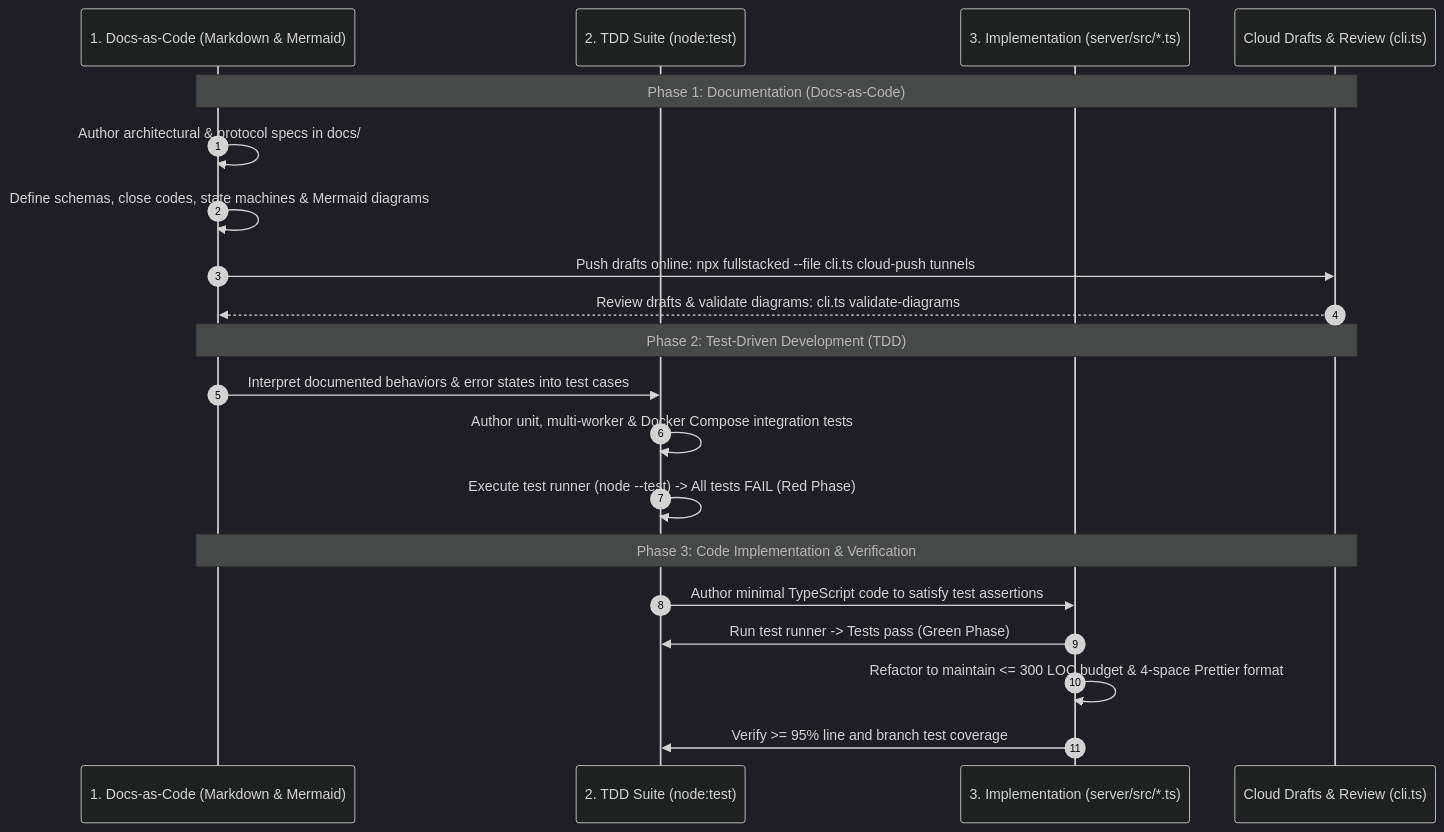
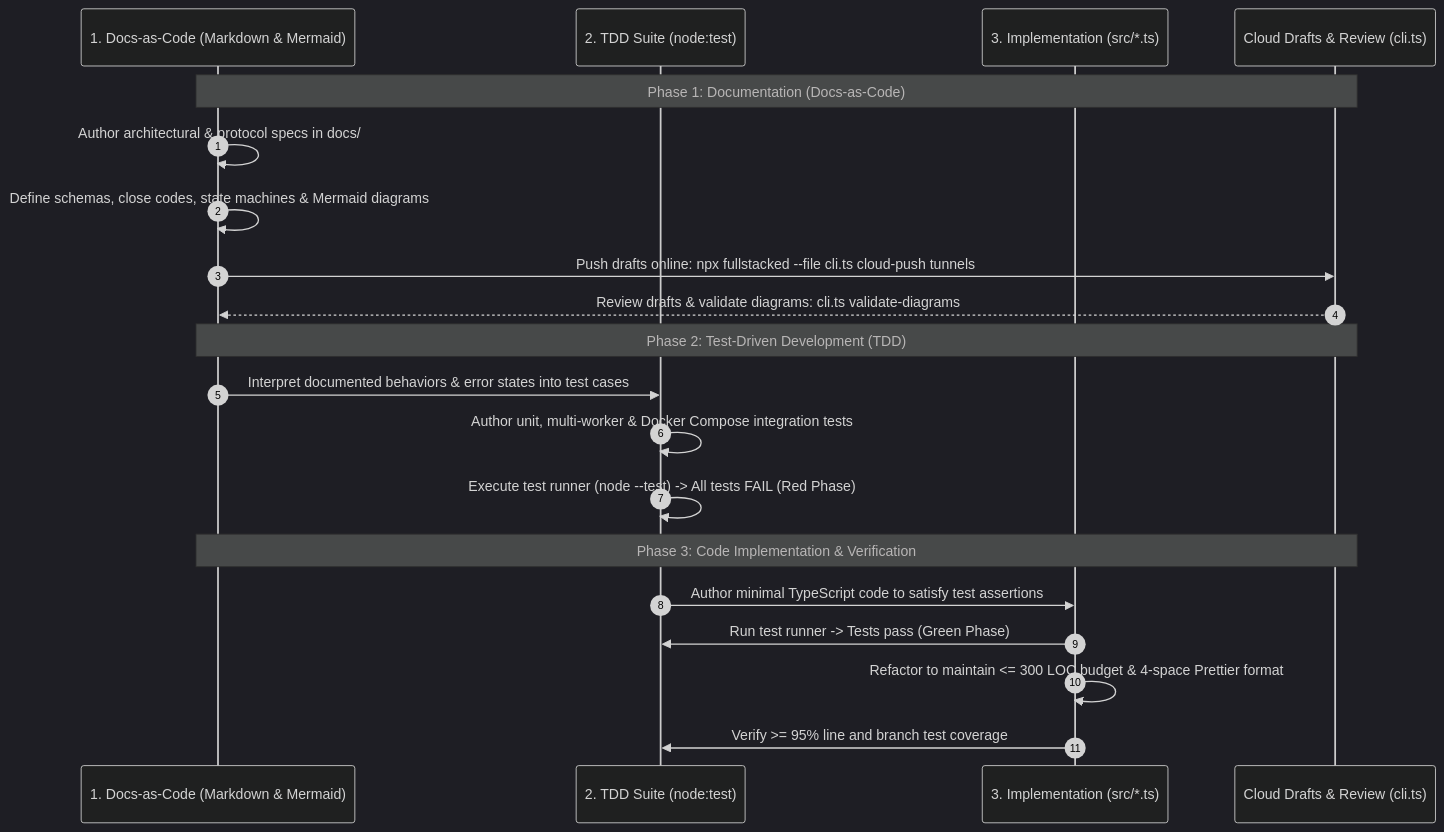
The second of 2 diagrams in docs/5-development/workflow.md (fullstackedorg/tunnels), drawn with Mermaid (dark theme) before and after one commit. The commit also changed other lines of this file and 96 other files, not shown here.

````diff
--- a/docs/5-development/workflow.md
+++ b/docs/5-development/workflow.md
@@ -42,25 +42,25 @@
 ```mermaid
 sequenceDiagram
     autonumber
     participant Docs as 1. Docs-as-Code (Markdown & Mermaid)
     participant Tests as 2. TDD Suite (node:test)
-    participant Impl as 3. Implementation (server/src/*.ts)
+    participant Impl as 3. Implementation (src/*.ts)
     participant Cloud as Cloud Drafts & Review (cli.ts)
 
     Note over Docs,Cloud: Phase 1: Documentation (Docs-as-Code)
     Docs->>Docs: Author architectural & protocol specs in docs/
     Docs->>Docs: Define schemas, close codes, state machines & Mermaid diagrams
     Docs->>Cloud: Push drafts online: npx fullstacked --file cli.ts cloud-push tunnels
     Cloud-->>Docs: Review drafts & validate diagrams: cli.ts validate-diagrams
 
     Note over Docs,Cloud: Phase 2: Test-Driven Development (TDD)
     Docs->>Tests: Interpret documented behaviors & error states into test cases
     Tests->>Tests: Author unit, multi-worker & Docker Compose integration tests
     Tests->>Tests: Execute test runner (node --test) -> All tests FAIL (Red Phase)
 
     Note over Docs,Cloud: Phase 3: Code Implementation & Verification
     Tests->>Impl: Author minimal TypeScript code to satisfy test assertions
     Impl->>Tests: Run test runner -> Tests pass (Green Phase)
     Impl->>Impl: Refactor to maintain <= 300 LOC budget & 4-space Prettier format
     Impl->>Tests: Verify >= 95% line and branch test coverage
 ```
````
